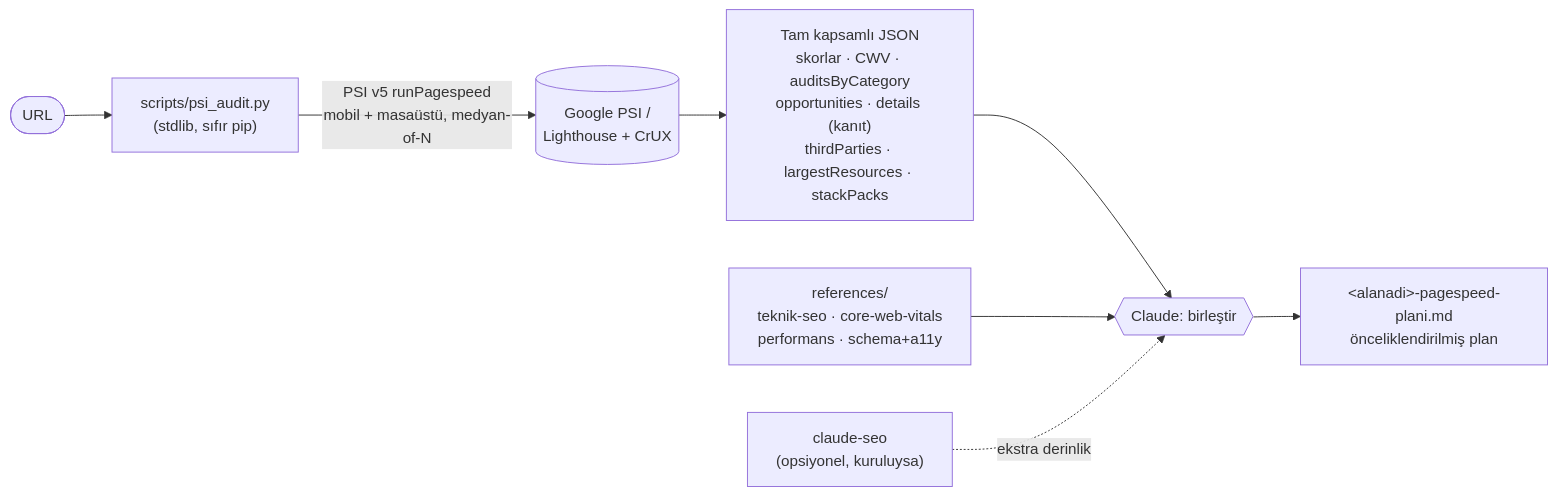
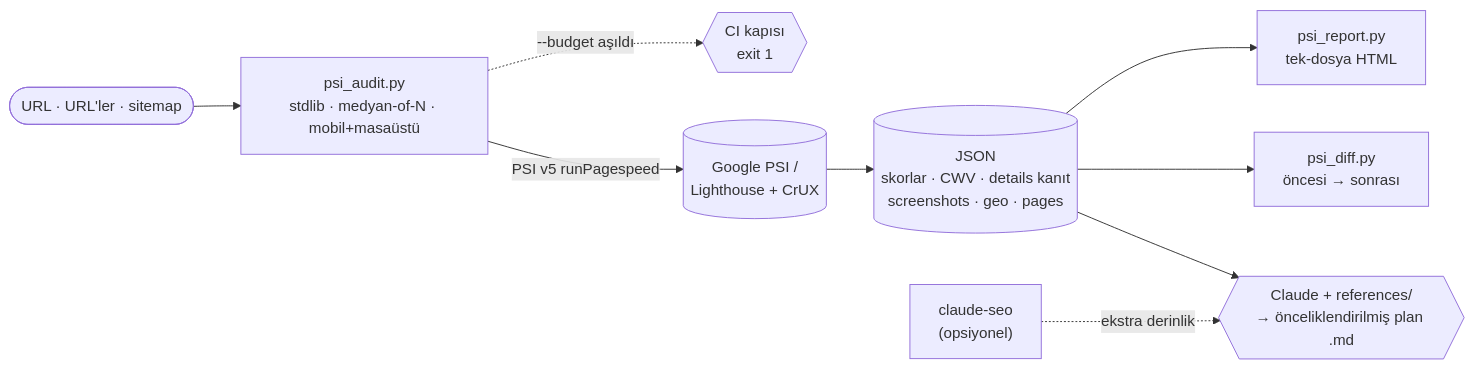
Before and after one commit to tasdeleno/pagespeed-plan: the diagram in README.md, drawn with Mermaid. The commit also changed other lines of this file and 9 other files, not shown here.

First line of the commit message:
pagespeed-plan: rakip-paritesi ozellikler (CI/diff/coklu-sayfa/HTML/GEO) + tasinabilirlik + pazarlama README

````diff
--- a/README.md
+++ b/README.md
@@ -85,10 +116,11 @@
 ```mermaid
 flowchart LR
-    U([URL]) --> S["scripts/psi_audit.py<br/>(stdlib, sıfır pip)"]
-    S -->|"PSI v5 runPagespeed<br/>mobil + masaüstü, medyan-of-N"| G[("Google PSI /<br/>Lighthouse + CrUX")]
-    G --> J["Tam kapsamlı JSON<br/>skorlar · CWV · auditsByCategory<br/>opportunities · details (kanıt)<br/>thirdParties · largestResources · stackPacks"]
-    J --> M{{"Claude: birleştir"}}
-    R["references/<br/>teknik-seo · core-web-vitals<br/>performans · schema+a11y"] --> M
-    C["claude-seo<br/>(opsiyonel, kuruluysa)"] -. ekstra derinlik .-> M
-    M --> P["&lt;alanadi&gt;-pagespeed-plani.md<br/>önceliklendirilmiş plan"]
+    U([URL · URL'ler · sitemap]) --> S["psi_audit.py<br/>stdlib · medyan-of-N · mobil+masaüstü"]
+    S -->|PSI v5 runPagespeed| G[("Google PSI /<br/>Lighthouse + CrUX")]
+    S -.->|--budget aşıldı| GATE{{"CI kapısı<br/>exit 1"}}
+    G --> J[("JSON<br/>skorlar · CWV · details kanıt<br/>screenshots · geo · pages")]
+    J --> M{{"Claude + references/<br/>→ önceliklendirilmiş plan .md"}}
+    J --> D["psi_diff.py<br/>öncesi → sonrası"]
+    J --> H["psi_report.py<br/>tek-dosya HTML"]
+    C["claude-seo<br/>(opsiyonel)"] -. ekstra derinlik .-> M
 ```
````
